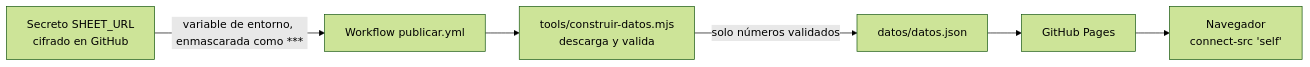
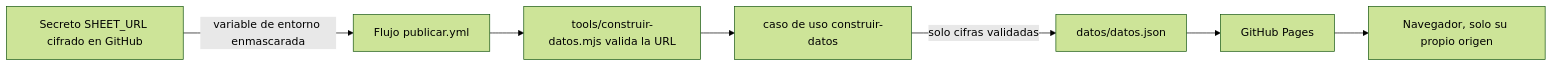
Before and after one commit to Alexis-VsCode/turismo-patate: the diagram in docs/configuracion.md, drawn with Mermaid (forest theme). The commit also changed other lines of this file and 21 other files, not shown here.

Commit message:
docs: documentación de la versión 2.9 con la arquitectura nueva, la ADR 010, diagramas Mermaid, filtros facetados, protección de la hoja y avisos del lector

````diff
--- a/docs/configuracion.md
+++ b/docs/configuracion.md
@@ -22,8 +24,9 @@
 ```mermaid
 flowchart LR
-    S[Secreto SHEET_URL<br/>cifrado en GitHub] -->|variable de entorno, enmascarada como ***| W[Workflow publicar.yml]
-    W --> T[tools/construir-datos.mjs<br/>descarga y valida]
-    T -->|solo números validados| J[datos/datos.json]
+    S[Secreto SHEET_URL cifrado en GitHub] -->|variable de entorno enmascarada| W[Flujo publicar.yml]
+    W --> T[tools/construir-datos.mjs valida la URL]
+    T --> UC[caso de uso construir-datos]
+    UC -->|solo cifras validadas| J[datos/datos.json]
     J --> P[GitHub Pages]
-    P --> N[Navegador<br/>connect-src 'self']
+    P --> N[Navegador, solo su propio origen]
 ```
````
